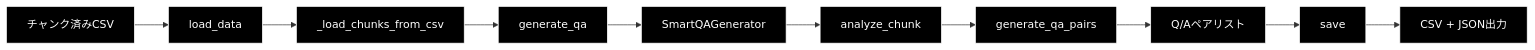
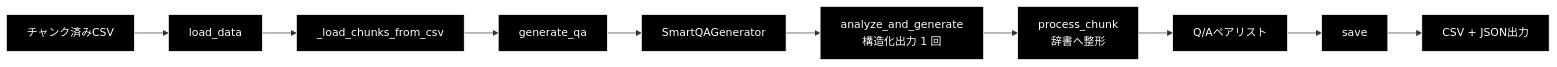
One commit to nakashima2toshio/grace_v2_local changed the second of 8 diagrams in qa_qdrant/docs/make_qa_qapipeline.md. Above: the diagram before and after it, drawn with Mermaid. The commit also changed other lines of this file and 12 other files, not shown here.

````diff
--- a/qa_qdrant/docs/make_qa_qapipeline.md
+++ b/qa_qdrant/docs/make_qa_qapipeline.md
@@ -110,15 +120,15 @@
 ```mermaid
 flowchart LR
     A[チャンク済みCSV] --> B[load_data]
     B --> C[_load_chunks_from_csv]
     C --> D[generate_qa]
     D --> E[SmartQAGenerator]
-    E --> F[analyze_chunk]
-    F --> G[generate_qa_pairs]
+    E --> F["analyze_and_generate<br>構造化出力 1 回"]
+    F --> G["process_chunk<br>辞書へ整形"]
     G --> H[Q/Aペアリスト]
     H --> I[save]
     I --> J[CSV + JSON出力]
 classDef default fill:#000,stroke:#fff,color:#fff
 classDef subgraphStyle fill:#1a1a1a,stroke:#fff,color:#fff
 class A,B,C,D,E,F,G,H,I,J default
 ```
````
